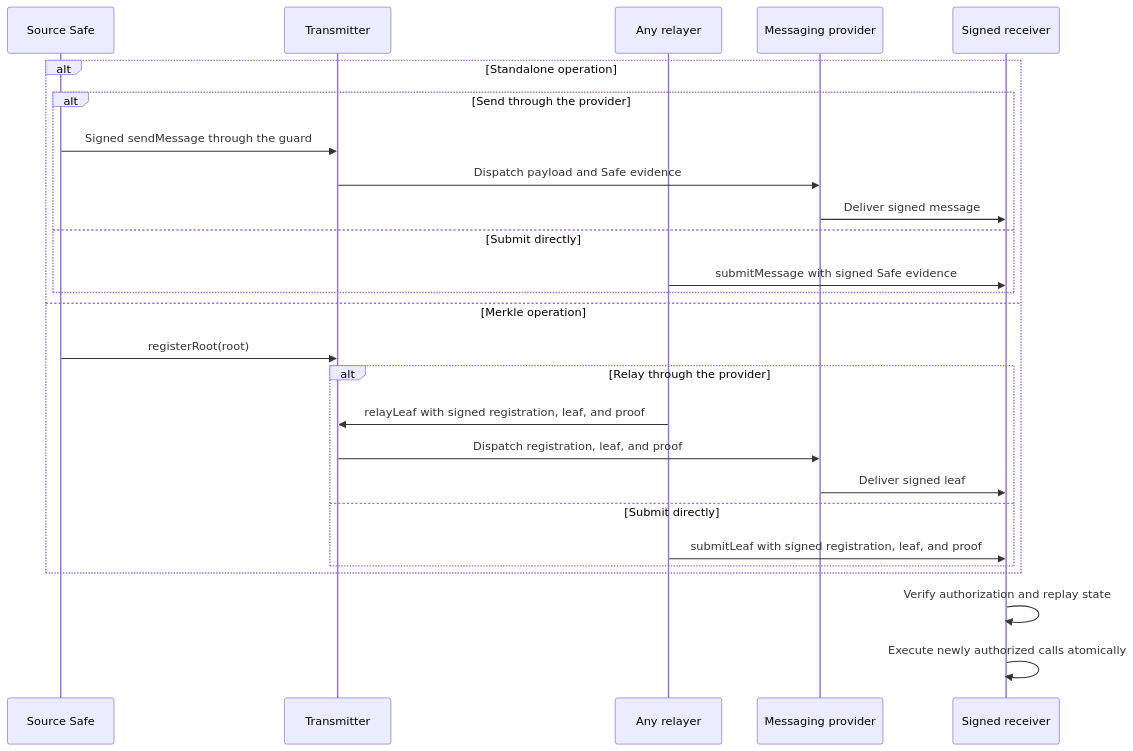
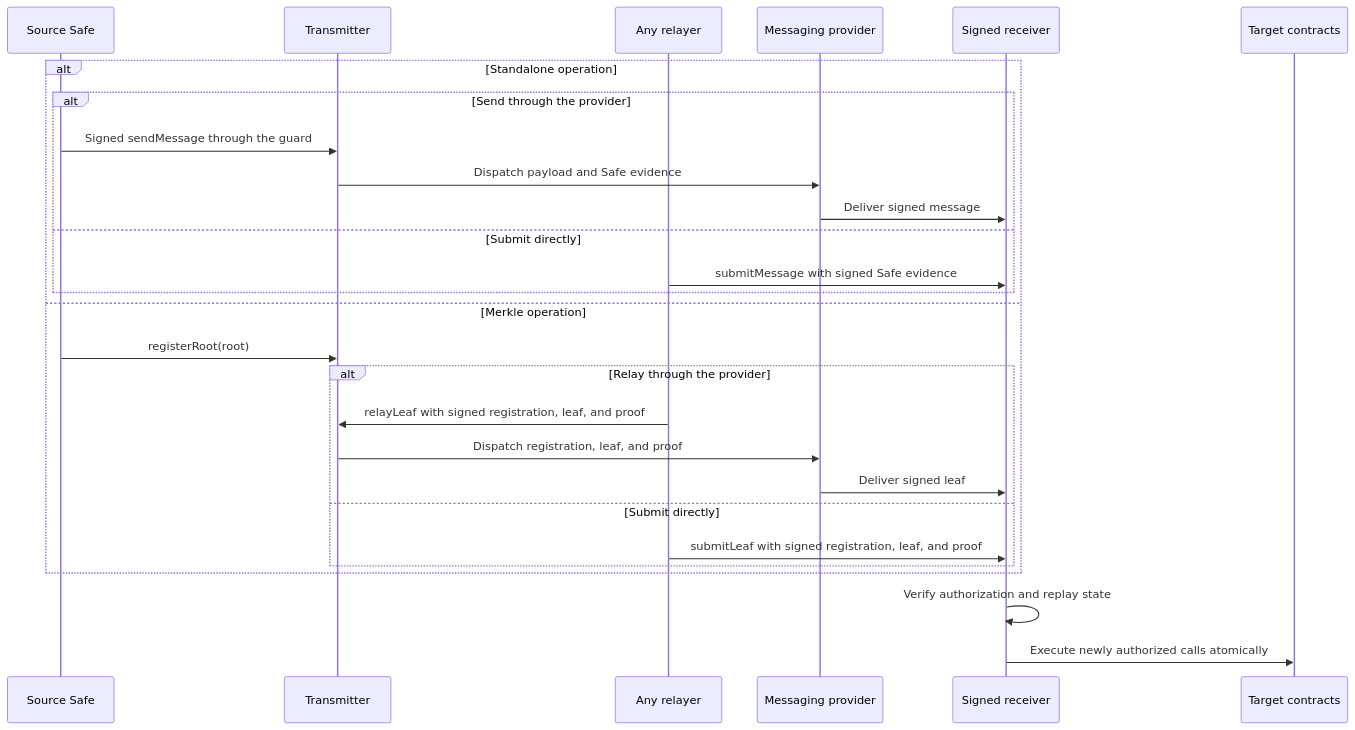
One commit to crossecute/protocol changed the fourth of 5 diagrams in README.md. Above: the diagram before and after it, drawn with Mermaid.

Commit message:
docs(protocol): show signed calls reaching targets

````diff
--- a/README.md
+++ b/README.md
@@ -123,29 +123,30 @@
 ```mermaid
 sequenceDiagram
     participant S as Source Safe
     participant T as Transmitter
     participant L as Any relayer
     participant P as Messaging provider
     participant R as Signed receiver
+    participant C as Target contracts
 
     alt Standalone operation
         alt Send through the provider
             S->>T: Signed sendMessage through the guard
             T->>P: Dispatch payload and Safe evidence
             P->>R: Deliver signed message
         else Submit directly
             L->>R: submitMessage with signed Safe evidence
         end
     else Merkle operation
         S->>T: registerRoot(root)
         alt Relay through the provider
             L->>T: relayLeaf with signed registration, leaf, and proof
             T->>P: Dispatch registration, leaf, and proof
             P->>R: Deliver signed leaf
         else Submit directly
             L->>R: submitLeaf with signed registration, leaf, and proof
         end
     end
     R->>R: Verify authorization and replay state
-    R->>R: Execute newly authorized calls atomically
+    R->>C: Execute newly authorized calls atomically
 ```
````
